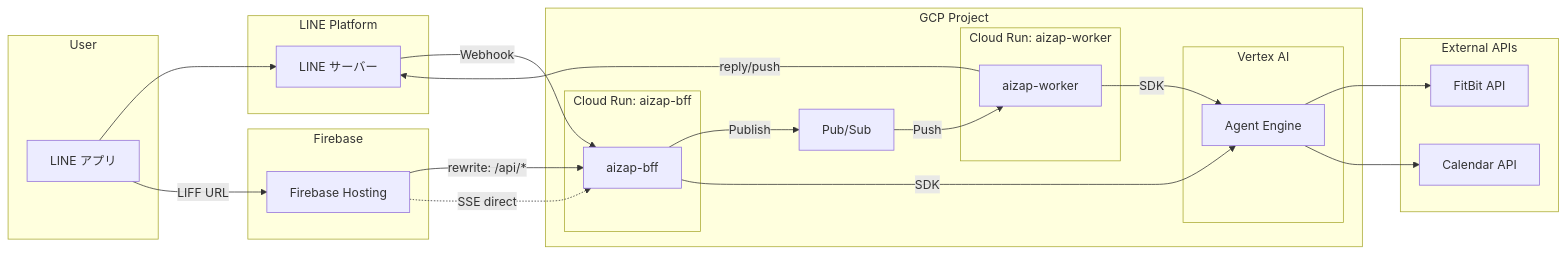
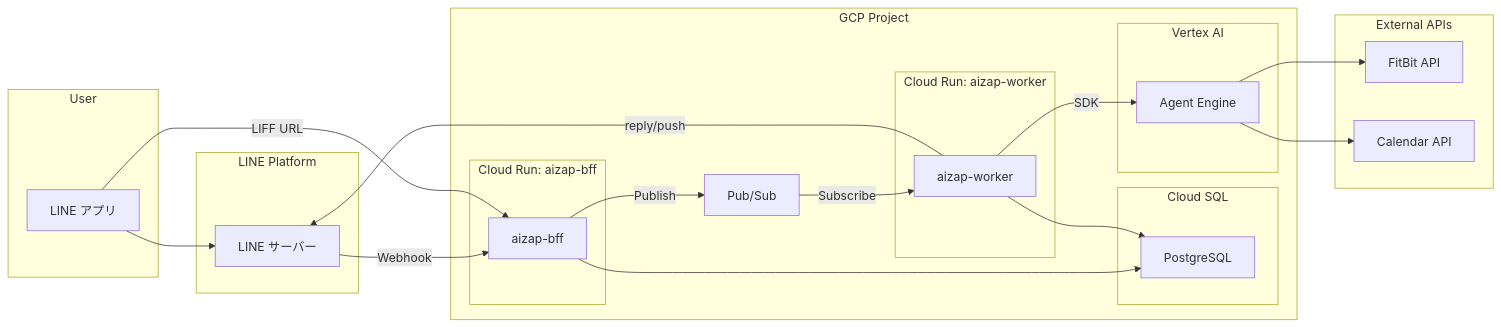
One commit to heyhey1028/aizap changed the diagram in docs/architecture.md. Above: the diagram before and after it, drawn with Mermaid. The commit also changed other lines of this file, not shown here.

````diff
--- a/docs/architecture.md
+++ b/docs/architecture.md
@@ -10,55 +10,54 @@
 ```mermaid
 flowchart LR
     subgraph User["User"]
         LINEApp["LINE アプリ"]
     end
 
     subgraph LINE["LINE Platform"]
         LINEServer["LINE サーバー"]
-    end
-
-    subgraph Firebase["Firebase"]
-        Hosting["Firebase Hosting"]
     end
 
     subgraph GCP["GCP Project"]
         subgraph CloudRunBFF["Cloud Run: aizap-bff"]
             BFF["aizap-bff"]
         end
 
         subgraph CloudRunWorker["Cloud Run: aizap-worker"]
             Worker["aizap-worker"]
         end
 
         PubSub["Pub/Sub"]
+
+        subgraph CloudSQL["Cloud SQL"]
+            PostgreSQL["PostgreSQL"]
+        end
 
         subgraph VertexAI["Vertex AI"]
             AgentEngine["Agent Engine"]
         end
     end
 
     subgraph External["External APIs"]
         FitBit["FitBit API"]
         Calendar["Calendar API"]
     end
 
     %% Webhook flow (async)
     LINEApp --> LINEServer
     LINEServer -->|"Webhook"| BFF
     BFF -->|"Publish"| PubSub
-    PubSub -->|"Push"| Worker
+    PubSub -->|"Subscribe"| Worker
     Worker -->|"SDK"| AgentEngine
     Worker -->|"reply/push"| LINEServer
 
     %% LIFF flow (sync)
-    LINEApp -->|"LIFF URL"| Hosting
-    Hosting -->|"rewrite: /api/*"| BFF
-    BFF -->|"SDK"| AgentEngine
+    LINEApp -->|"LIFF URL"| BFF
 
-    %% SSE direct (CORS required)
-    Hosting -.->|"SSE direct"| BFF
+    %% Database connections
+    BFF --> PostgreSQL
+    Worker --> PostgreSQL
 
     %% Agent Engine dependencies
     AgentEngine --> FitBit
     AgentEngine --> Calendar
 ```
````
